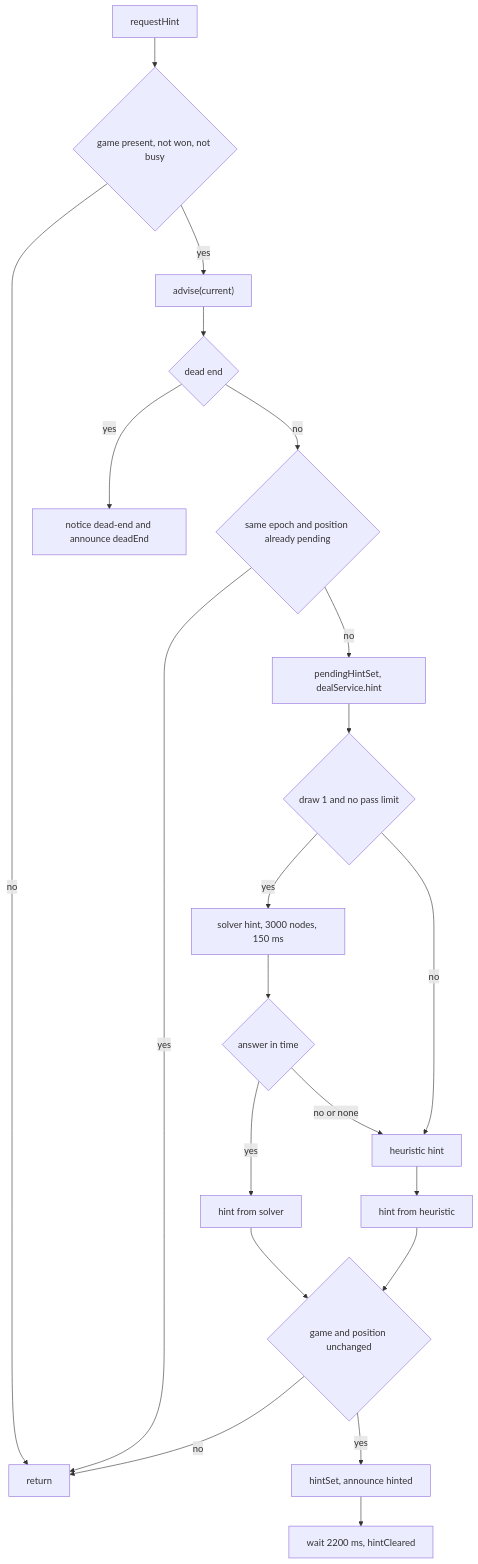
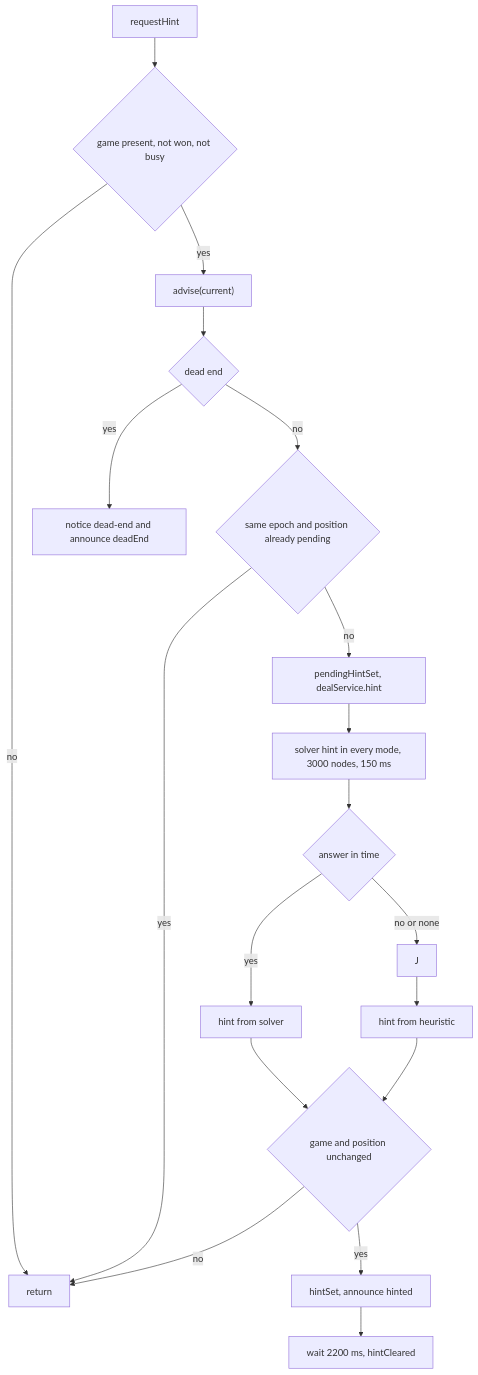
The third of 5 diagrams in docs/architecture/data-flows.md (sanyokkua/solitaire), drawn with Mermaid before and after one commit. The commit also changed 8 other files, not shown here.

Commit message:
feat: solver hints in every mode and the seed verdict cache

````diff
--- a/docs/architecture/data-flows.md
+++ b/docs/architecture/data-flows.md
@@ -113,23 +113,21 @@
 ```mermaid
 flowchart TD
     A["requestHint"] --> B{"game present, not won, not busy"}
     B -- "no" --> Z["return"]
     B -- "yes" --> C["advise(current)"]
     C --> D{"dead end"}
     D -- "yes" --> E["notice dead-end and announce deadEnd"]
     D -- "no" --> F{"same epoch and position already pending"}
     F -- "yes" --> Z
     F -- "no" --> G["pendingHintSet, dealService.hint"]
-    G --> H{"draw 1 and no pass limit"}
-    H -- "yes" --> I["solver hint, 3000 nodes, 150 ms"]
-    H -- "no" --> J["heuristic hint"]
+    G --> I["solver hint in every mode, 3000 nodes, 150 ms"]
     I --> K{"answer in time"}
     K -- "yes" --> L["hint from solver"]
     K -- "no or none" --> J
     J --> L2["hint from heuristic"]
     L --> M{"game and position unchanged"}
     L2 --> M
     M -- "no" --> Z
     M -- "yes" --> N["hintSet, announce hinted"]
     N --> O["wait 2200 ms, hintCleared"]
 ```
````
